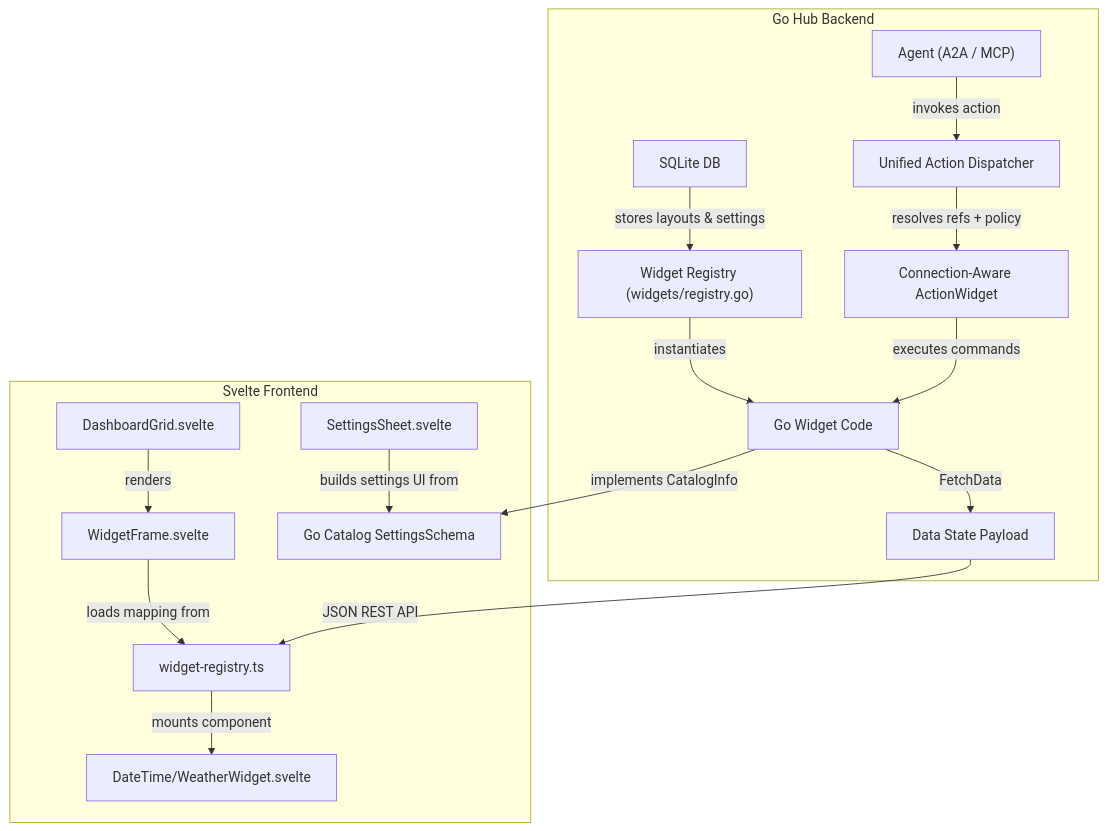
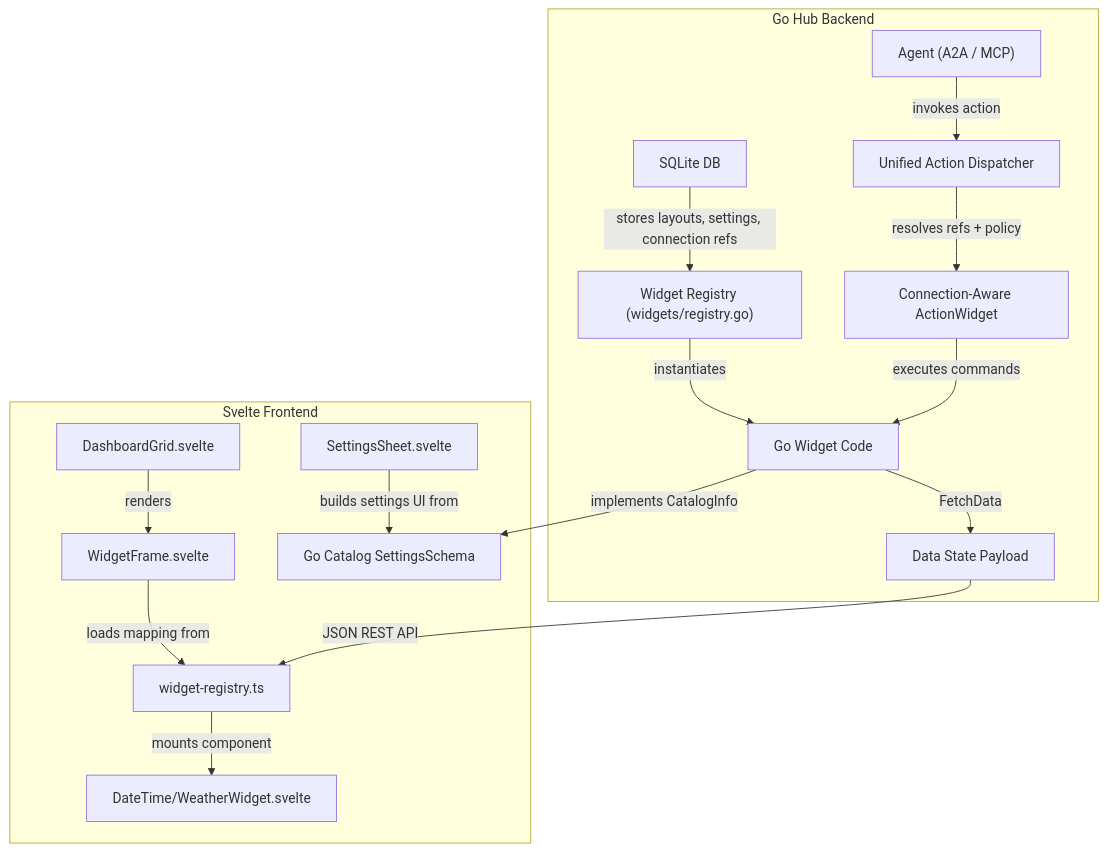
One commit to juteai/jute-dash changed the diagram in docs/developer/widget-guidelines.md. Above: the diagram before and after it, drawn with Mermaid. The commit also changed other lines of this file and 43 other files, not shown here.

````diff
--- a/docs/developer/widget-guidelines.md
+++ b/docs/developer/widget-guidelines.md
@@ -179,20 +193,20 @@
 ```mermaid
 flowchart TD
     subgraph Svelte Frontend
         A[DashboardGrid.svelte] -->|renders| B[WidgetFrame.svelte]
         B -->|loads mapping from| C[widget-registry.ts]
         C -->|mounts component| D["DateTime/WeatherWidget.svelte"]
         E[SettingsSheet.svelte] -->|builds settings UI from| F["Go Catalog SettingsSchema"]
     end
 
     subgraph Go Hub Backend
-        G[SQLite DB] -->|stores layouts & settings| H["Widget Registry (widgets/registry.go)"]
+    G[SQLite DB] -->|stores layouts, settings, connection refs| H["Widget Registry (widgets/registry.go)"]
         H -->|instantiates| I["Go Widget Code"]
         I -->|implements CatalogInfo| F
         I -->|FetchData| J["Data State Payload"]
         J -->|JSON REST API| C
         K["Agent (A2A / MCP)"] -->|invokes action| L["Unified Action Dispatcher"]
         L -->|resolves refs + policy| M["Connection-Aware ActionWidget"]
         M -->|executes commands| I
     end
 ```
````
